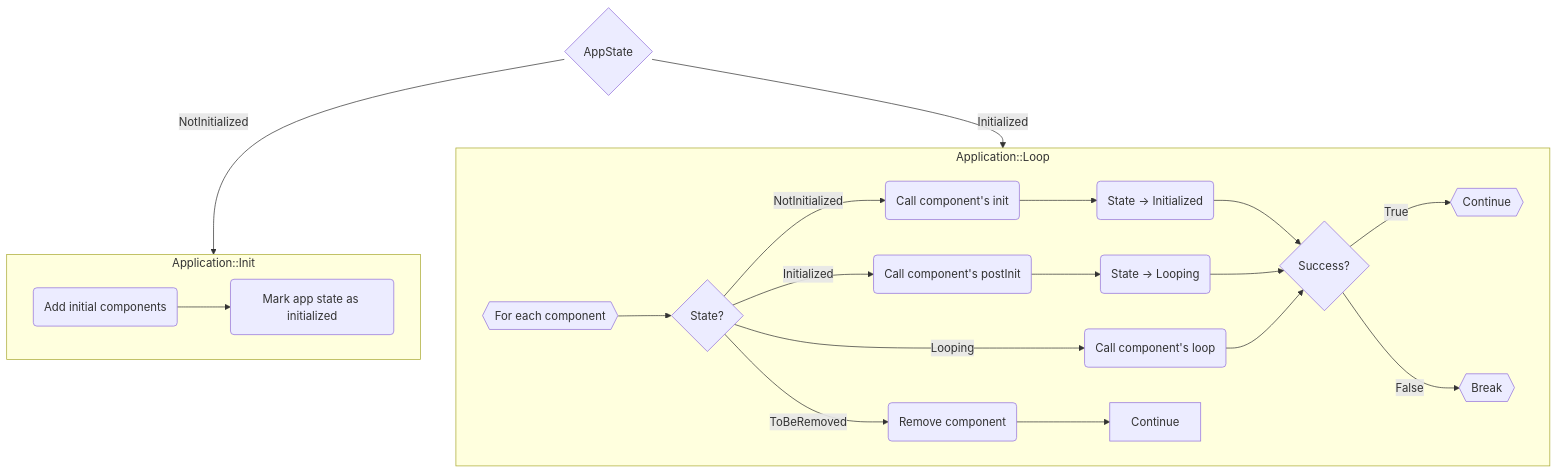
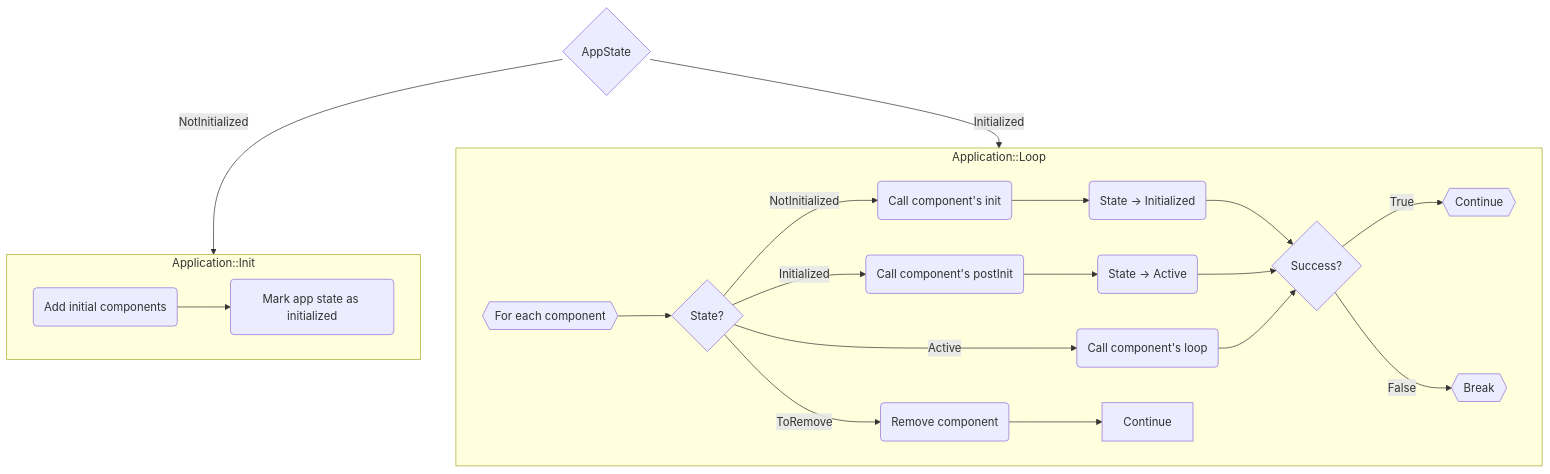
The diagram in README.md (cziter15/ksIotFrameworkLib), drawn with Mermaid before and after one commit.

````diff
--- a/README.md
+++ b/README.md
@@ -37,30 +37,30 @@
 ```mermaid
 flowchart TD
     AppState{AppState}
     AppState --> |NotInitialized| Application::Init
     AppState --> |Initialized| Application::Loop
 
     subgraph Application::Init
         A(Add initial components) -->
 	B(Mark app state as initialized)
     end
    
     subgraph Application::Loop
         Loop{{For each component}} --> CCS{State?}
 
-        CCS --> |Looping|LP1(Call component's loop)
+        CCS --> |Active|LP1(Call component's loop)
         CCS --> |NotInitialized|LP2(Call component's init)
         CCS --> |Initialized|LP3(Call component's postInit)
-        CCS --> |ToBeRemoved|LP4(Remove component)
+        CCS --> |ToRemove|LP4(Remove component)
 
 	LP2 --> SCS2(State -> Initialized) --> DF
-	LP3 --> SCS3(State -> Looping) --> DF
+	LP3 --> SCS3(State -> Active) --> DF
 	LP1 --> DF
 
         DF{Success?}
         DF --> |True|X0{{Continue}}
         DF --> |False|X1{{Break}}
 
 	LP4 --> Continue
     end
 ```
````
